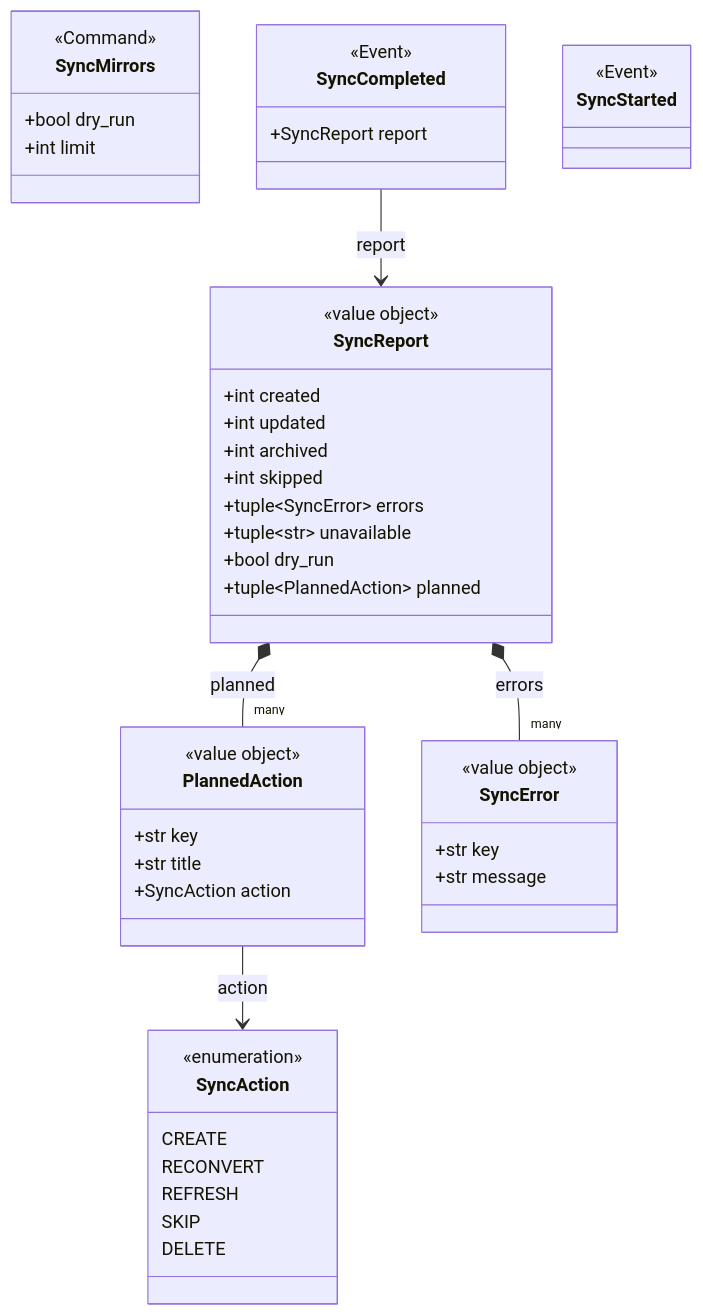
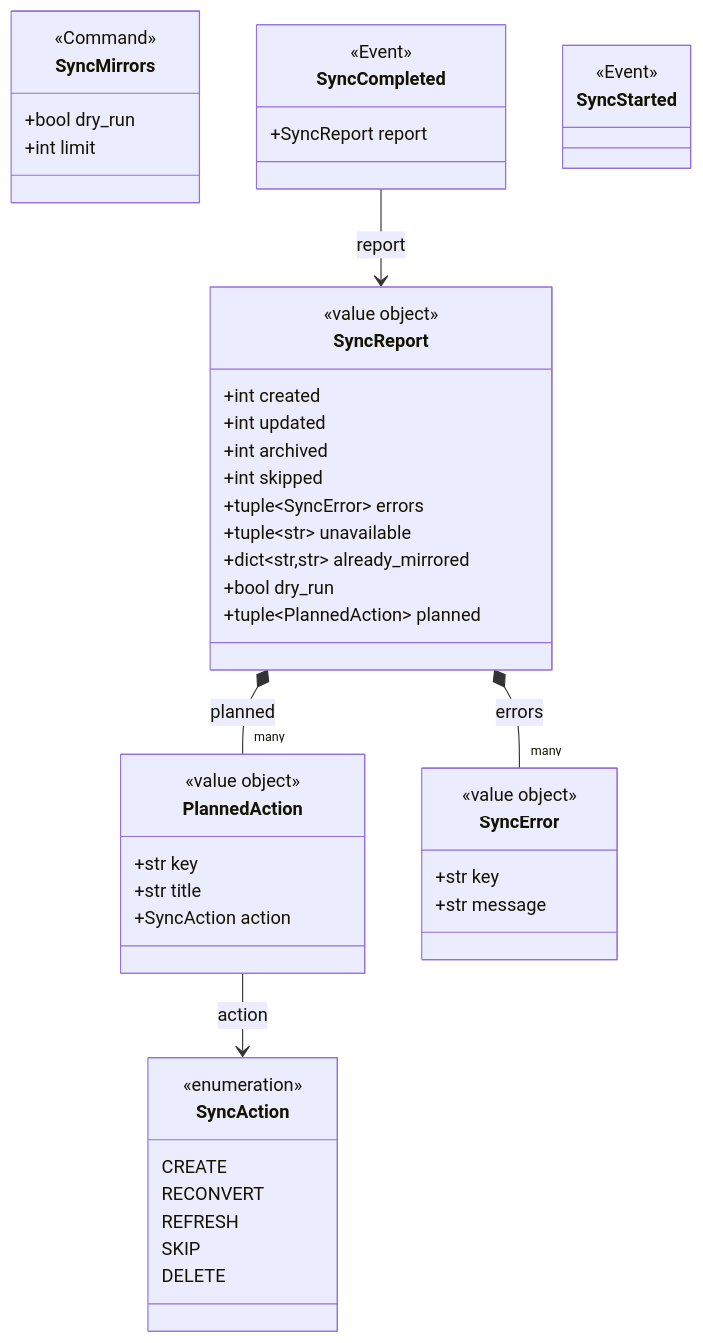
Before and after one commit to BucketHeadP65/ai-studio: the ninth of 25 diagrams in engram/docs/architecture/architecture.md, drawn with Mermaid. The commit also changed other lines of this file and 18 other files, not shown here.

````diff
--- a/engram/docs/architecture/architecture.md
+++ b/engram/docs/architecture/architecture.md
@@ -637,50 +646,51 @@
 ```mermaid
 classDiagram
     class SyncMirrors {
         <<Command>>
         +bool dry_run
         +int limit
     }
     class SyncAction {
         <<enumeration>>
         CREATE
         RECONVERT
         REFRESH
         SKIP
         DELETE
     }
     class PlannedAction {
         <<value object>>
         +str key
         +str title
         +SyncAction action
     }
     class SyncError {
         <<value object>>
         +str key
         +str message
     }
     class SyncReport {
         <<value object>>
         +int created
         +int updated
         +int archived
         +int skipped
         +tuple~SyncError~ errors
         +tuple~str~ unavailable
+        +dict~str,str~ already_mirrored
         +bool dry_run
         +tuple~PlannedAction~ planned
     }
     class SyncCompleted {
         <<Event>>
         +SyncReport report
     }
     class SyncStarted {
         <<Event>>
     }
 
     SyncReport *-- "many" SyncError : errors
     SyncReport *-- "many" PlannedAction : planned
     PlannedAction --> SyncAction : action
     SyncCompleted --> SyncReport : report
 ```
````
